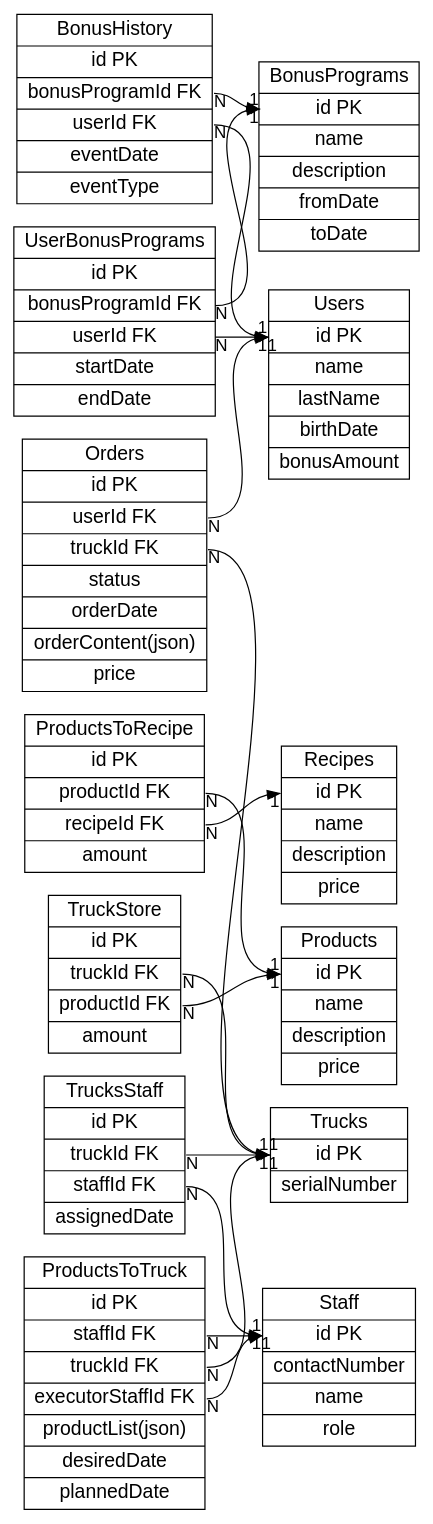
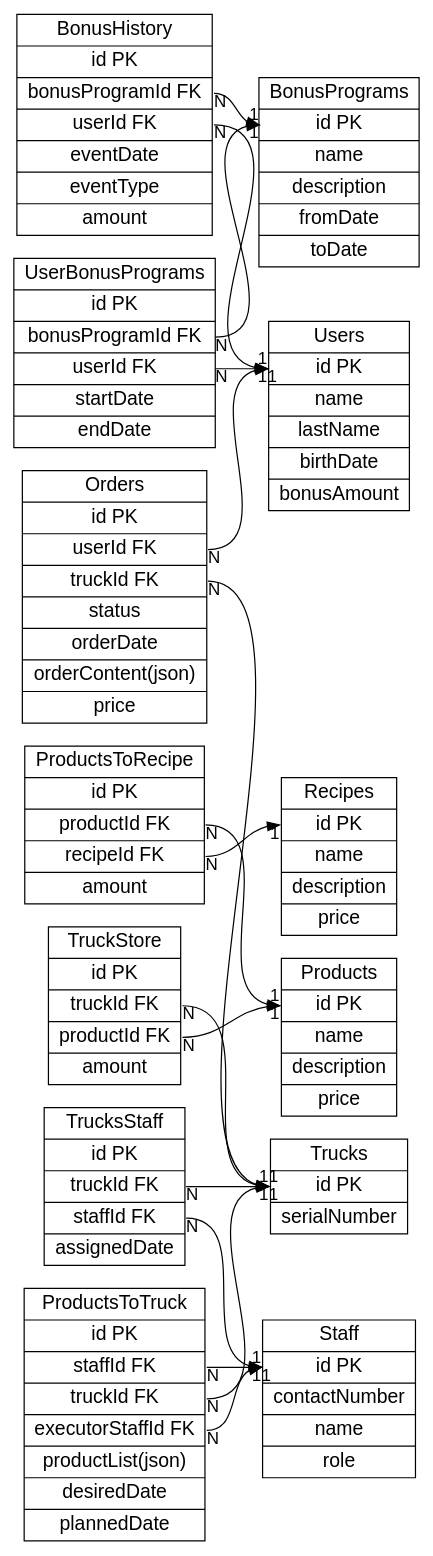
One commit to windstranger/msf-docs changed the diagram in src/erDiagrams/er.dot. Above: the diagram before and after it, drawn with Graphviz.

Commit message:
add relations

```diff
--- a/src/erDiagrams/er.dot
+++ b/src/erDiagrams/er.dot
@@ -132,6 +132,7 @@
                 |<userId> userId FK
                 |eventDate
                 |eventType
+                |amount
                 "
     ];
 
```
